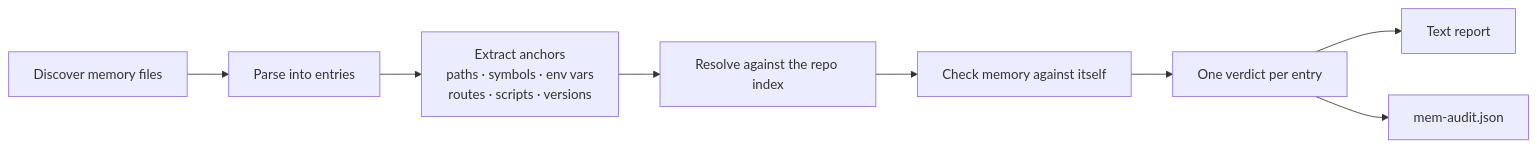
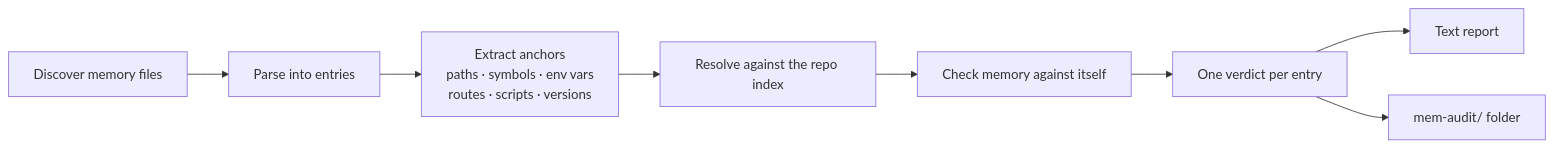
The diagram in README.md (ogaskinsjr/mem-audit), drawn with Mermaid before and after one commit. The commit also changed other lines of this file and 15 other files, not shown here.

````diff
--- a/README.md
+++ b/README.md
@@ -141,10 +156,10 @@
 ```mermaid
 flowchart LR
     A[Discover memory files] --> B[Parse into entries]
     B --> C[Extract anchors<br/>paths · symbols · env vars<br/>routes · scripts · versions]
     C --> D[Resolve against the repo index]
     D --> E[Check memory against itself]
     E --> F[One verdict per entry]
     F --> G[Text report]
-    F --> H[mem-audit.json]
+    F --> H[mem-audit/ folder]
 ```
````
